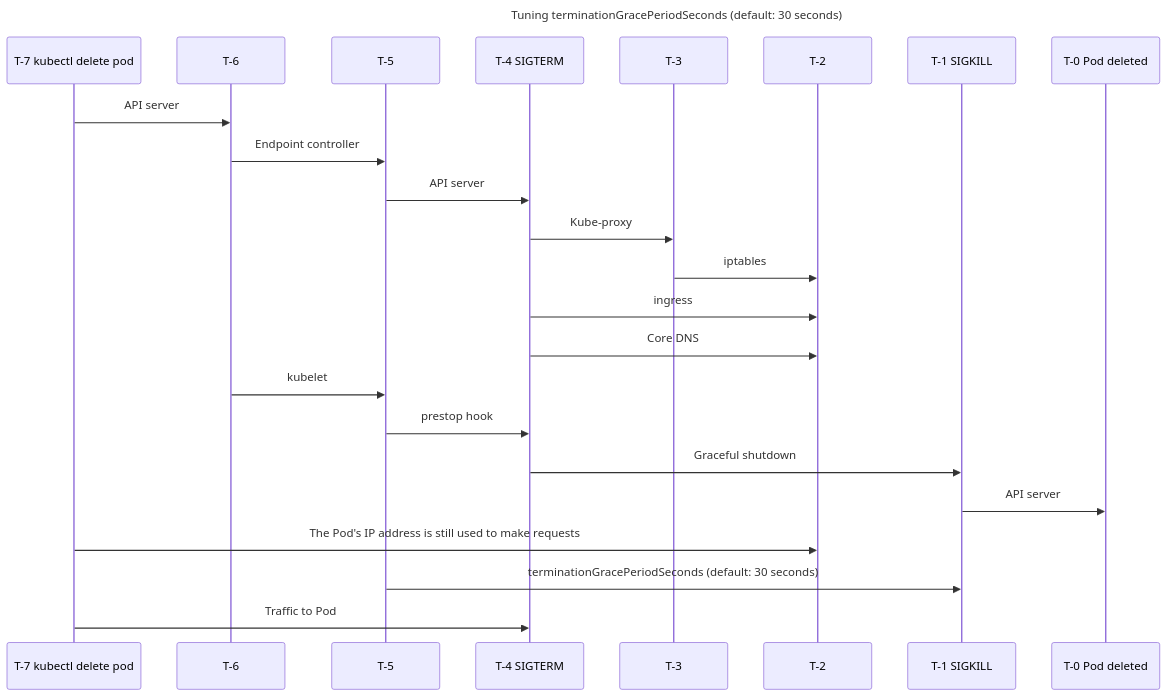
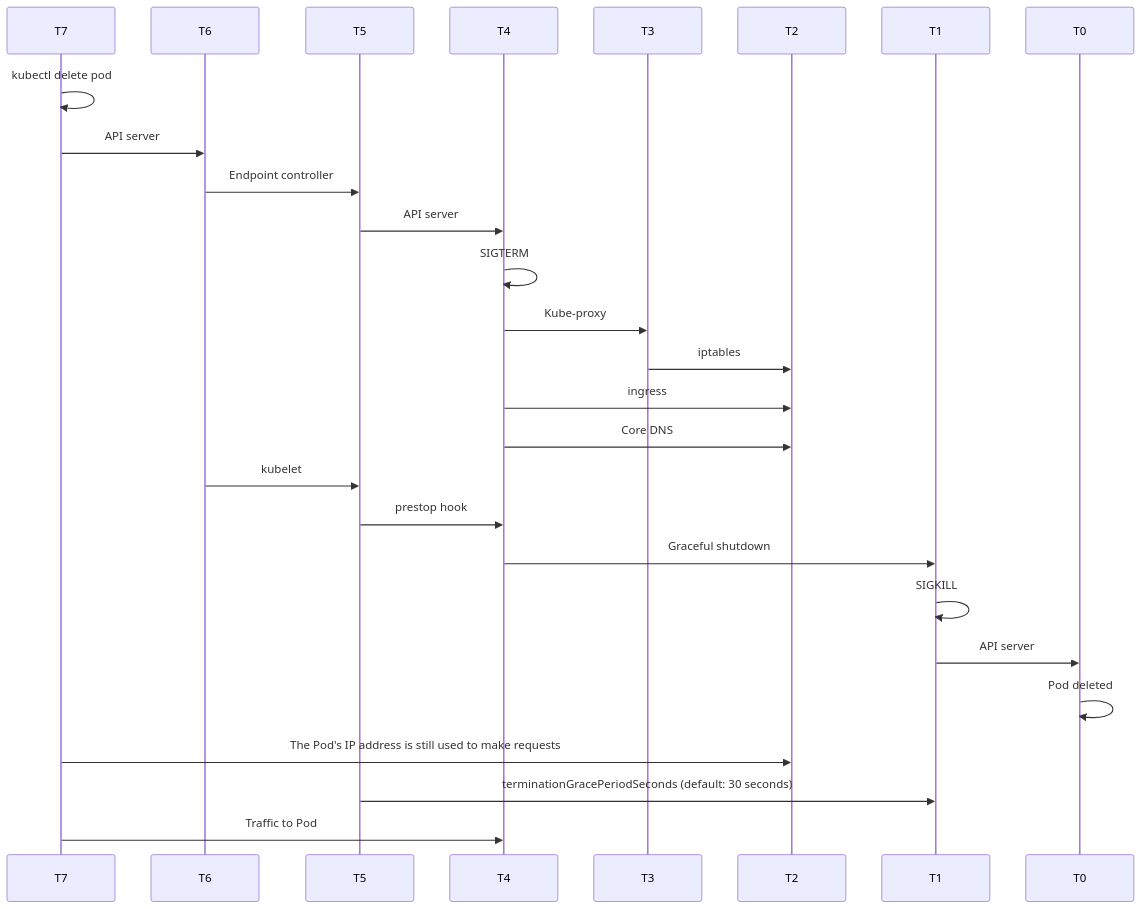
One commit to annaswims/vets-api changed the diagram in terminationGracePeriodSeconds.md. Above: the diagram before and after it, drawn with Mermaid. The commit also changed other lines of this file, not shown here.

Commit message:
sequenceDiagram

````diff
--- a/terminationGracePeriodSeconds.md
+++ b/terminationGracePeriodSeconds.md
@@ -1,26 +3,24 @@
 ```mermaid
 sequenceDiagram
-    title Tuning terminationGracePeriodSeconds (default: 30 seconds)
-    participant T-7 kubectl delete pod
-    participant T-6
-    participant T-5
-    participant T-4 SIGTERM
-    participant T-3
-    participant T-2
-    participant T-1 SIGKILL
-    participant T-0 Pod deleted
-    T-7 kubectl delete pod->>T-6: API server 
-    T-6->>T-5: Endpoint controller
-    T-5->>T-4 SIGTERM: API server
-    T-4 SIGTERM->>T-3: Kube-proxy
-    T-3->>T-2: iptables 
-    T-4 SIGTERM->>T-2: ingress
-    T-4 SIGTERM->>T-2: Core DNS
-    T-6->>T-5: kubelet
-    T-5->>T-4 SIGTERM: prestop hook
-    T-4 SIGTERM->>T-1 SIGKILL: Graceful shutdown
-    T-1 SIGKILL->>T-0 Pod deleted: API server
-    T-7 kubectl delete pod->>T-2: The Pod's IP address is still used to make requests
-    T-5->>T-1 SIGKILL: terminationGracePeriodSeconds (default: 30 seconds)
-    T-7 kubectl delete pod->>T-4 SIGTERM: Traffic to Pod
+    participant T7
+    participant T6
+    participant T5
+    participant T4
+    participant T3
+    participant T2
+    participant T1
+    participant T0
+    T7->>T7: kubectl delete pod
+    T7->>T6: API server; T6->>T5: Endpoint controller; T5->>T4: API server
+    T4->>T4: SIGTERM
+    T4->>T3: Kube-proxy; T3->>T2: iptables 
+    T4->>T2: ingress
+    T4->>T2: Core DNS
+    T6->>T5: kubelet; T5->>T4: prestop hook; T4->>T1: Graceful shutdown
+    T1->>T1: SIGKILL
+    T1->>T0: API server
+    T0->>T0: Pod deleted
+    T7->>T2: The Pod's IP address is still used to make requests
+    T5->>T1: terminationGracePeriodSeconds (default: 30 seconds)
+    T7->>T4: Traffic to Pod
 ```
````
